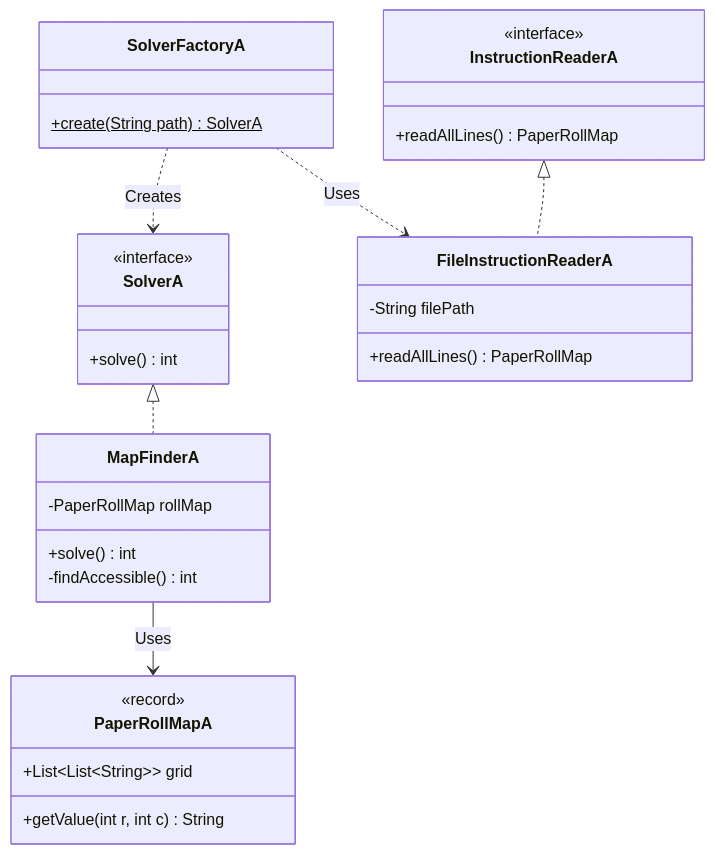
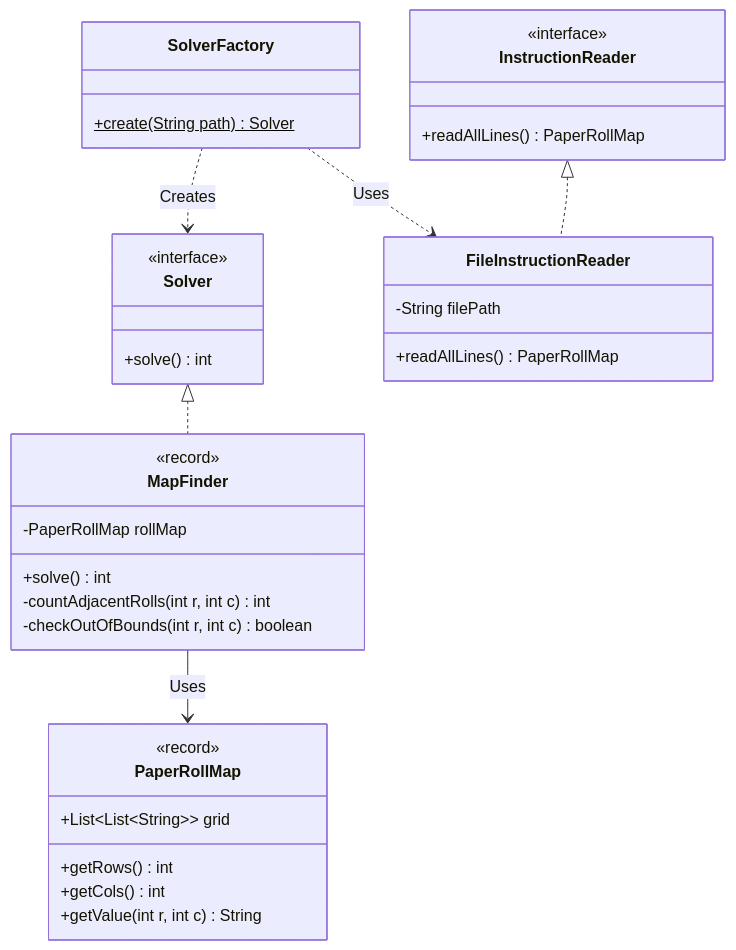
One commit to Carlossr2401/AdventOfCode4-2025 changed the first of 2 diagrams in README.md. Above: the diagram before and after it, drawn with Mermaid. The commit also changed other lines of this file, not shown here.

Commit message:
Fix: Fixed both Mermaid Diagrams

````diff
--- a/README.md
+++ b/README.md
@@ -27,36 +27,38 @@
 ```mermaid
 classDiagram
-        class SolverA {
-            <<interface>>
-            +solve() int
-        }
-        class InstructionReaderA {
-            <<interface>>
-            +readAllLines() PaperRollMap
-        }
-        class FileInstructionReaderA {
-            -String filePath
-            +readAllLines() PaperRollMap
-        }
-        class MapFinderA {
-            -PaperRollMap rollMap
-            +solve() int
-            -findAccessible() int
-        }
-        class SolverFactoryA {
-            +create(String path)$ SolverA
-        }
-        class PaperRollMapA {
-            <<record>>
-            +List~List~String~~ grid
-            +getValue(int r, int c) String
-        }
+    class SolverA["Solver"] {
+        <<interface>>
+        +solve() int
+    }
+    class InstructionReaderA["InstructionReader"] {
+        <<interface>>
+        +readAllLines() PaperRollMap
+    }
+    class FileInstructionReaderA["FileInstructionReader"] {
+        -String filePath
+        +readAllLines() PaperRollMap
+    }
+    class MapFinderA["MapFinder"] {
+        <<record>>
+        -PaperRollMap rollMap
+        +solve() int
+        -countAdjacentRolls(int r, int c) int
+        -checkOutOfBounds(int r, int c) boolean
+    }
+    class SolverFactoryA["SolverFactory"] {
+        +create(String path)$ Solver
+    }
+    class PaperRollMapA["PaperRollMap"] {
+        <<record>>
+        +List~List~String~~ grid
+        +getRows() int
+        +getCols() int
+        +getValue(int r, int c) String
+    }
 
     SolverA <|.. MapFinderA
     InstructionReaderA <|.. FileInstructionReaderA
     SolverFactoryA ..> SolverA : Creates
     SolverFactoryA ..> FileInstructionReaderA : Uses
     MapFinderA --> PaperRollMapA : Uses
-
-
 ```
````
